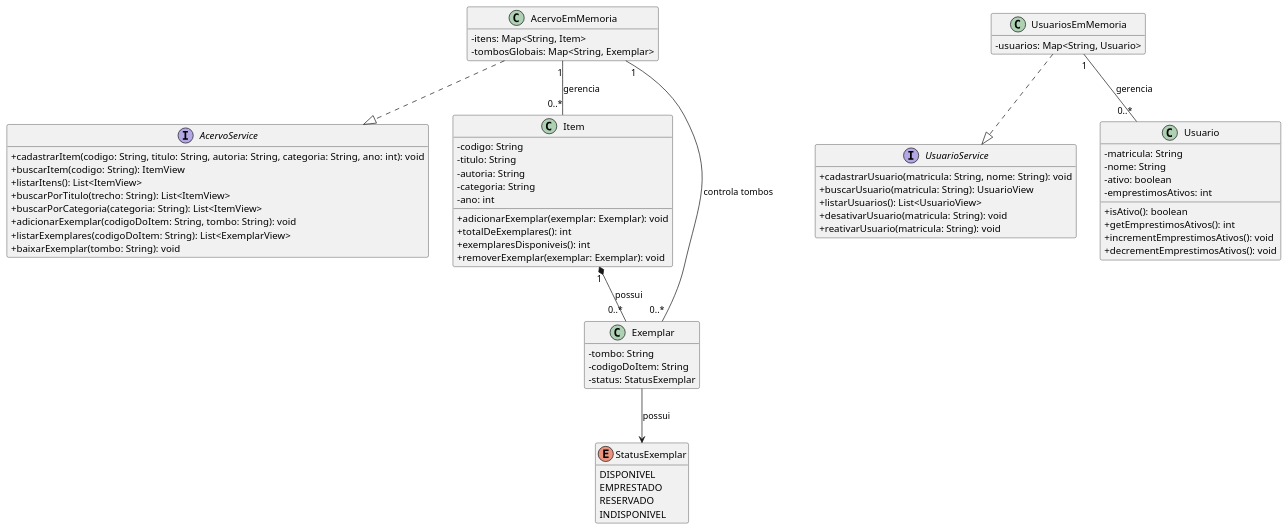
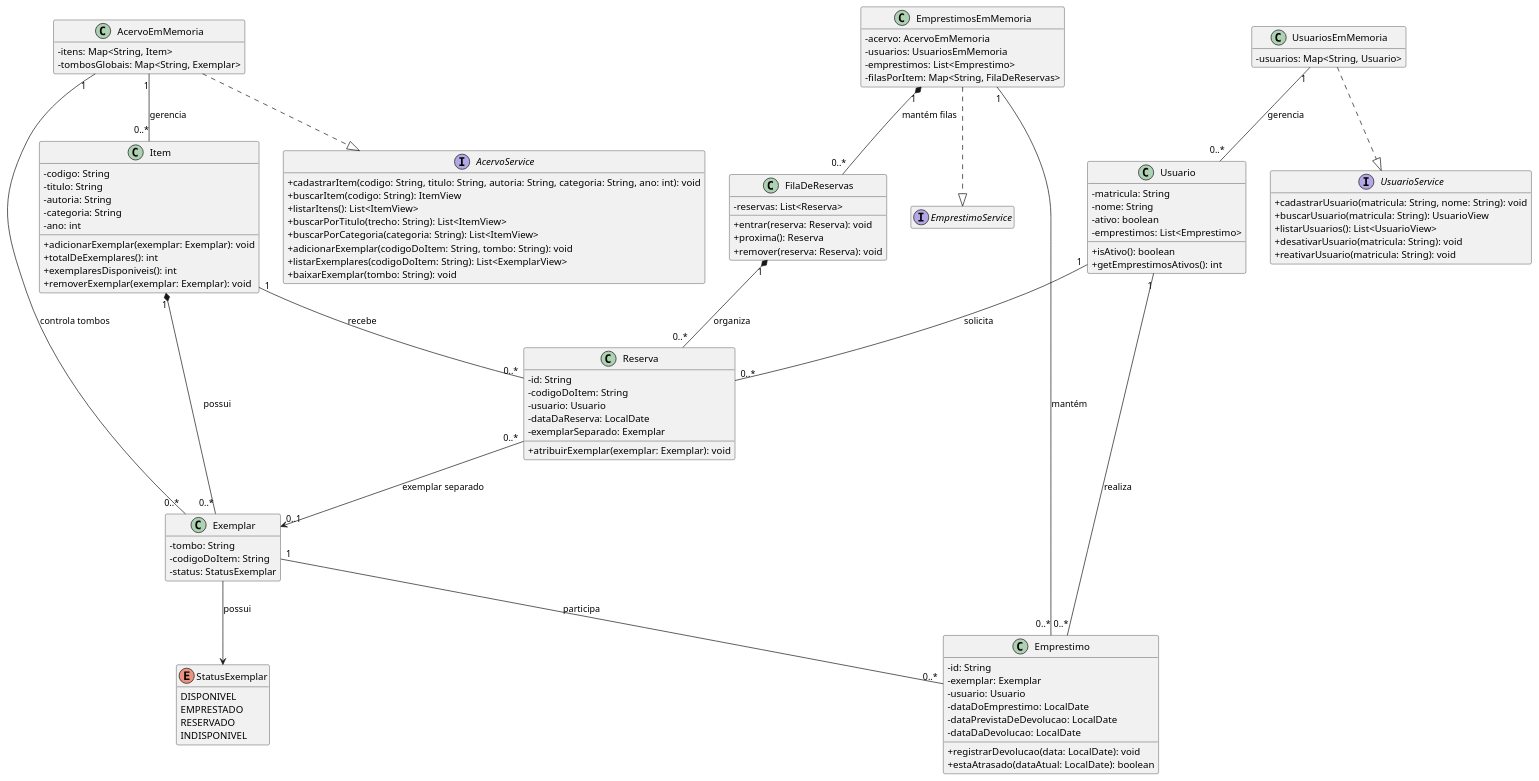
The diagram in docs/modelo.puml (poo-dcx-2026-2/equipe-01-itgirls), drawn with PlantUML before and after one commit. The commit also changed 1 other file, not shown here.

```diff
--- a/docs/modelo.puml
+++ b/docs/modelo.puml
@@ -1,89 +2,126 @@
 @startuml
 
 skinparam classAttributeIconSize 0
 hide empty members
 
 interface AcervoService {
     +cadastrarItem(codigo: String, titulo: String, autoria: String, categoria: String, ano: int): void
     +buscarItem(codigo: String): ItemView
     +listarItens(): List<ItemView>
     +buscarPorTitulo(trecho: String): List<ItemView>
     +buscarPorCategoria(categoria: String): List<ItemView>
     +adicionarExemplar(codigoDoItem: String, tombo: String): void
     +listarExemplares(codigoDoItem: String): List<ExemplarView>
     +baixarExemplar(tombo: String): void
 }
 
 class AcervoEmMemoria {
     -itens: Map<String, Item>
     -tombosGlobais: Map<String, Exemplar>
 }
 
 AcervoEmMemoria ..|> AcervoService
 
-
 interface UsuarioService {
     +cadastrarUsuario(matricula: String, nome: String): void
     +buscarUsuario(matricula: String): UsuarioView
     +listarUsuarios(): List<UsuarioView>
     +desativarUsuario(matricula: String): void
     +reativarUsuario(matricula: String): void
 }
 
 class UsuariosEmMemoria {
     -usuarios: Map<String, Usuario>
 }
 
 UsuariosEmMemoria ..|> UsuarioService
 
+interface EmprestimoService
+
+class EmprestimosEmMemoria {
+    -acervo: AcervoEmMemoria
+    -usuarios: UsuariosEmMemoria
+    -emprestimos: List<Emprestimo>
+    -filasPorItem: Map<String, FilaDeReservas>
+}
 
 class Item {
     -codigo: String
     -titulo: String
     -autoria: String
     -categoria: String
     -ano: int
-
     +adicionarExemplar(exemplar: Exemplar): void
     +totalDeExemplares(): int
     +exemplaresDisponiveis(): int
     +removerExemplar(exemplar: Exemplar): void
 }
 
 class Exemplar {
     -tombo: String
     -codigoDoItem: String
     -status: StatusExemplar
 }
 
 class Usuario {
     -matricula: String
     -nome: String
     -ativo: boolean
-    -emprestimosAtivos: int
-
+    -emprestimos: List<Emprestimo>
     +isAtivo(): boolean
     +getEmprestimosAtivos(): int
-    +incrementEmprestimosAtivos(): void
-    +decrementEmprestimosAtivos(): void
+}
+
+class Emprestimo {
+    -id: String
+    -exemplar: Exemplar
+    -usuario: Usuario
+    -dataDoEmprestimo: LocalDate
+    -dataPrevistaDeDevolucao: LocalDate
+    -dataDaDevolucao: LocalDate
+    +registrarDevolucao(data: LocalDate): void
+    +estaAtrasado(dataAtual: LocalDate): boolean
+}
+
+class Reserva {
+    -id: String
+    -codigoDoItem: String
+    -usuario: Usuario
+    -dataDaReserva: LocalDate
+    -exemplarSeparado: Exemplar
+    +atribuirExemplar(exemplar: Exemplar): void
+}
+
+class FilaDeReservas {
+    -reservas: List<Reserva>
+    +entrar(reserva: Reserva): void
+    +proxima(): Reserva
+    +remover(reserva: Reserva): void
 }
 
 enum StatusExemplar {
     DISPONIVEL
     EMPRESTADO
     RESERVADO
     INDISPONIVEL
 }
 
+AcervoEmMemoria "1" -- "0..*" Item : gerencia
+Item "1" *-- "0..*" Exemplar : possui
+AcervoEmMemoria "1" -- "0..*" Exemplar : controla tombos
+UsuariosEmMemoria "1" -- "0..*" Usuario : gerencia
 
-AcervoEmMemoria "1" -- "0..*" Item : gerencia
+EmprestimosEmMemoria ..|> EmprestimoService
+EmprestimosEmMemoria "1" -- "0..*" Emprestimo : mantém
+EmprestimosEmMemoria "1" *-- "0..*" FilaDeReservas : mantém filas
+FilaDeReservas "1" *-- "0..*" Reserva : organiza
 
-Item "1" *-- "0..*" Exemplar : possui
-
-AcervoEmMemoria "1" -- "0..*" Exemplar : controla tombos
-
-UsuariosEmMemoria "1" -- "0..*" Usuario : gerencia
+Usuario "1" -- "0..*" Emprestimo : realiza
+Exemplar "1" -- "0..*" Emprestimo : participa
+Usuario "1" -- "0..*" Reserva : solicita
+Item "1" -- "0..*" Reserva : recebe
+Reserva "0..*" --> "0..1" Exemplar : exemplar separado
 
 Exemplar --> StatusExemplar : possui
 
 @enduml
```
